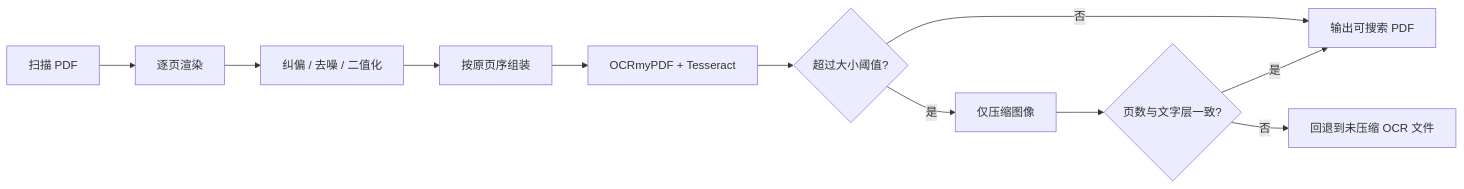
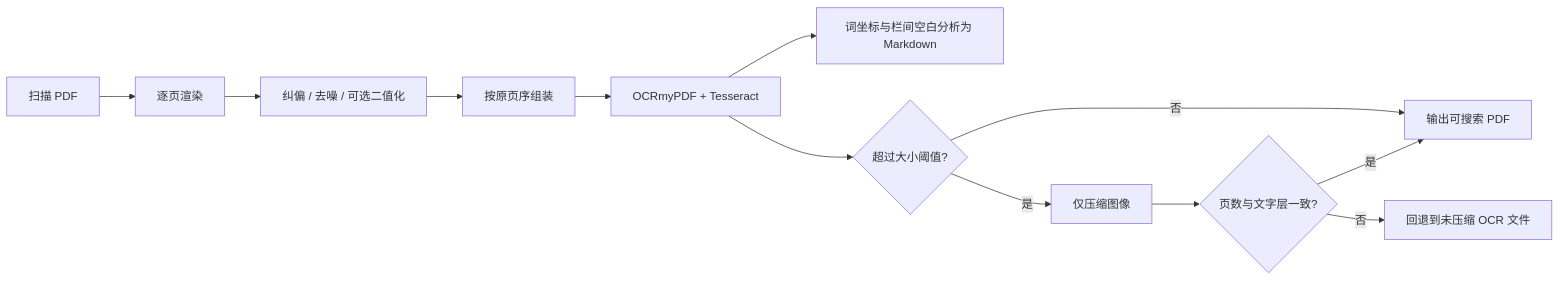
One commit to ZhangWT02/PDF-batch-OCR changed the diagram in README.zh-CN.md. Above: the diagram before and after it, drawn with Mermaid. The commit also changed other lines of this file and 4 other files, not shown here.

````diff
--- a/README.zh-CN.md
+++ b/README.zh-CN.md
@@ -31,13 +33,14 @@
 ```mermaid
 flowchart LR
     A[扫描 PDF] --> B[逐页渲染]
-    B --> C[纠偏 / 去噪 / 二值化]
+    B --> C[纠偏 / 去噪 / 可选二值化]
     C --> D[按原页序组装]
     D --> E[OCRmyPDF + Tesseract]
+    E --> M[词坐标与栏间空白分析为 Markdown]
     E --> F{超过大小阈值?}
     F -- 否 --> G[输出可搜索 PDF]
     F -- 是 --> H[仅压缩图像]
     H --> I{页数与文字层一致?}
     I -- 是 --> G
     I -- 否 --> J[回退到未压缩 OCR 文件]
 ```
````
